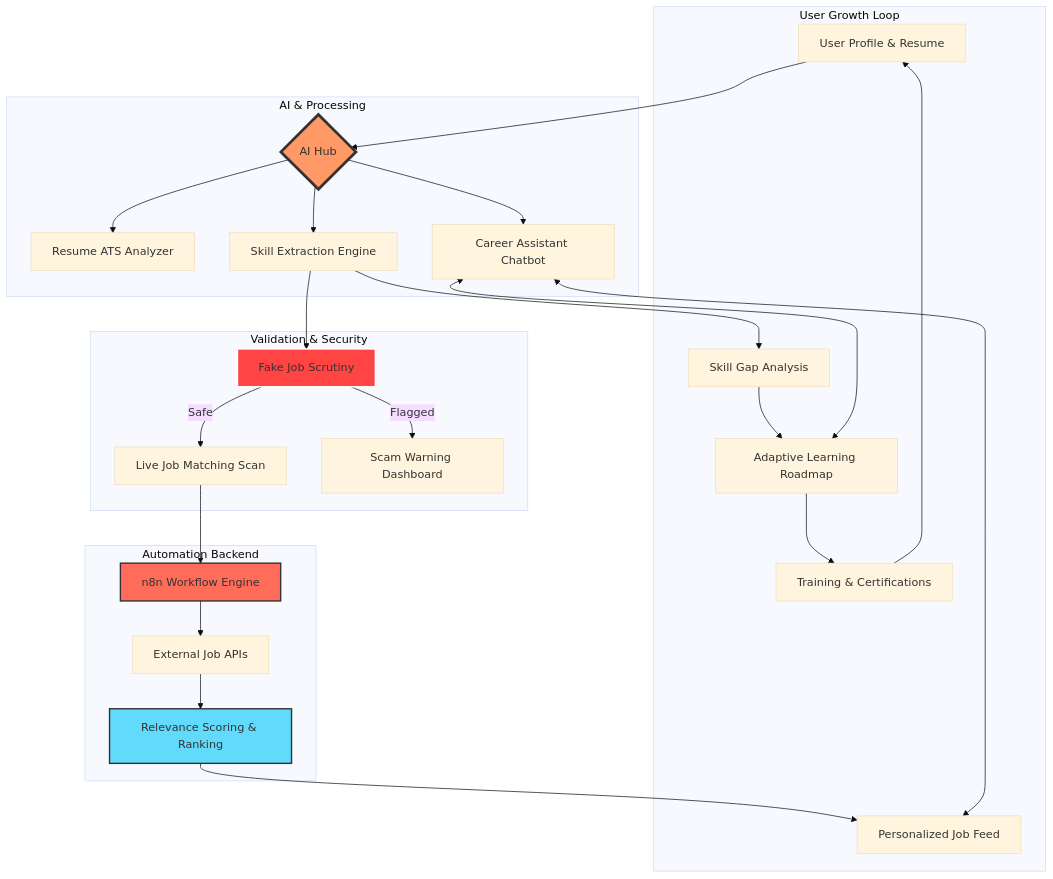
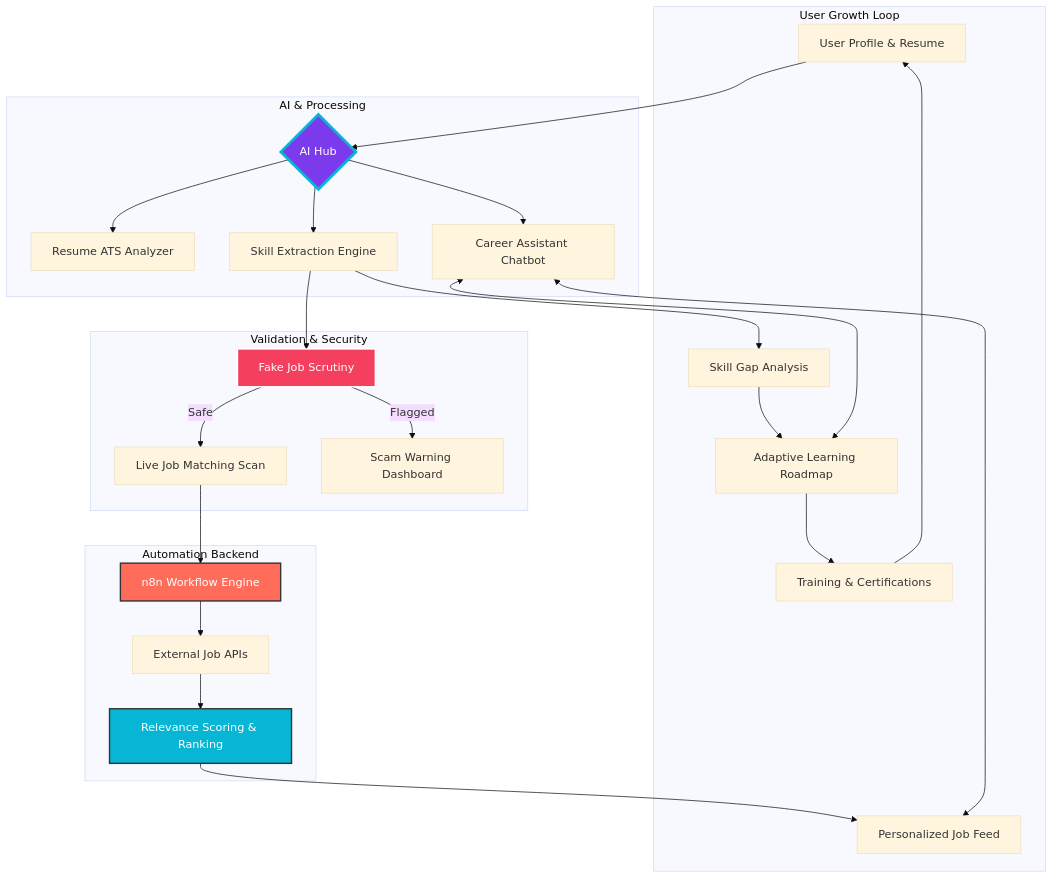
One commit to Chandramouliv935/AI_Student_Training changed the diagram in README.md. Above: the diagram before and after it, drawn with Mermaid (base theme). The commit also changed other lines of this file, not shown here.

````diff
--- a/README.md
+++ b/README.md
@@ -61,38 +55,38 @@
 ```mermaid
 graph TD
     A[User Profile & Resume] --> B{AI Hub}
 
     subgraph "AI & Processing"
     B --> C[Resume ATS Analyzer]
     B --> D[Skill Extraction Engine]
     B --> E[Career Assistant Chatbot]
     end
 
     subgraph "Validation & Security"
     D --> F[Fake Job Scrutiny]
     F -- "Safe" --> G[Live Job Matching Scan]
     F -- "Flagged" --> H[Scam Warning Dashboard]
     end
 
     subgraph "Automation Backend"
     G --> I[n8n Workflow Engine]
     I --> J[External Job APIs]
     J --> K[Relevance Scoring & Ranking]
     end
 
     subgraph "User Growth Loop"
     K --> L[Personalized Job Feed]
     D --> M[Skill Gap Analysis]
     M --> N[Adaptive Learning Roadmap]
     N --> O[Training & Certifications]
     O --> A
     end
 
     E <--> L
     E <--> N
 
-    style B fill:#f96,stroke:#333,stroke-width:4px
-    style I fill:#ff6d5a,stroke:#333,stroke-width:2px
-    style K fill:#61dafb,stroke:#333,stroke-width:2px
-    style F fill:#ff4444,stroke:#fff,stroke-width:2px
+    style B fill:#7c3aed,stroke:#06b6d4,stroke-width:4px,color:#fff
+    style I fill:#ff6d5a,stroke:#333,stroke-width:2px,color:#fff
+    style K fill:#06b6d4,stroke:#333,stroke-width:2px,color:#fff
+    style F fill:#f43f5e,stroke:#fff,stroke-width:2px,color:#fff
 ```
````
